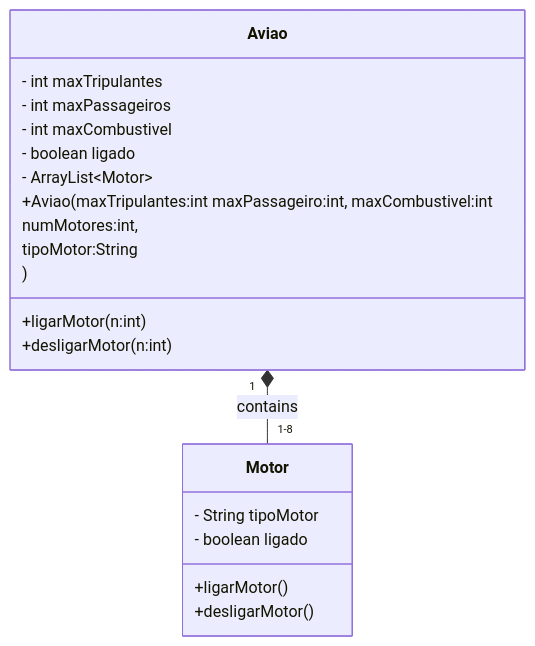
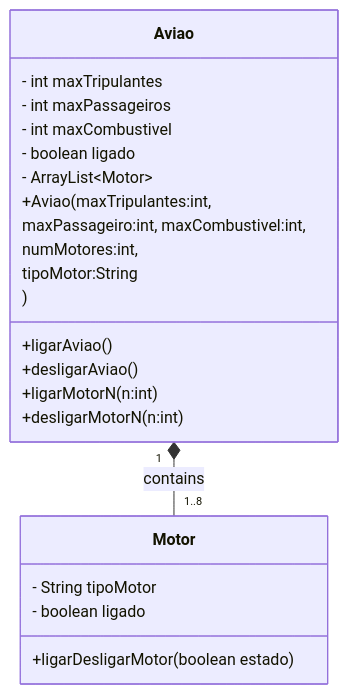
The diagram in Aulas/2026-09-29-2/README.md (gabriel-lw/PooRepo), drawn with Mermaid before and after one commit. The commit also changed 4 other files, not shown here.

Commit message:
UML finalizado e classes implementadas

````diff
--- a/Aulas/2026-09-29-2/README.md
+++ b/Aulas/2026-09-29-2/README.md
@@ -1,35 +1,38 @@
 ```mermaid
 classDiagram
 
 class Aviao{
 
     - int maxTripulantes
     - int maxPassageiros
     - int maxCombustivel
     - boolean ligado
     - ArrayList~Motor~
   
 
-    +Aviao(maxTripulantes:int maxPassageiro:int, maxCombustivel:int
+    +Aviao(maxTripulantes:int,
+    maxPassageiro:int, maxCombustivel:int,
     numMotores:int,
     tipoMotor:String
     )
 
-    +ligarMotor(n:int)
-    +desligarMotor(n:int)
+    +ligarAviao()
+    +desligarAviao()
+
+    +ligarMotorN(n:int)
+    +desligarMotorN(n:int)
+
+    
 }
 
 class Motor{
     - String tipoMotor
     - boolean ligado
 
-    +ligarMotor()
-    +desligarMotor()
-
+    +ligarDesligarMotor(boolean estado)
     
-
 }
 
-Aviao "1" *-- "1-8" Motor : contains
+Aviao "1" *-- "1..8" Motor : contains
 
 ```
````
